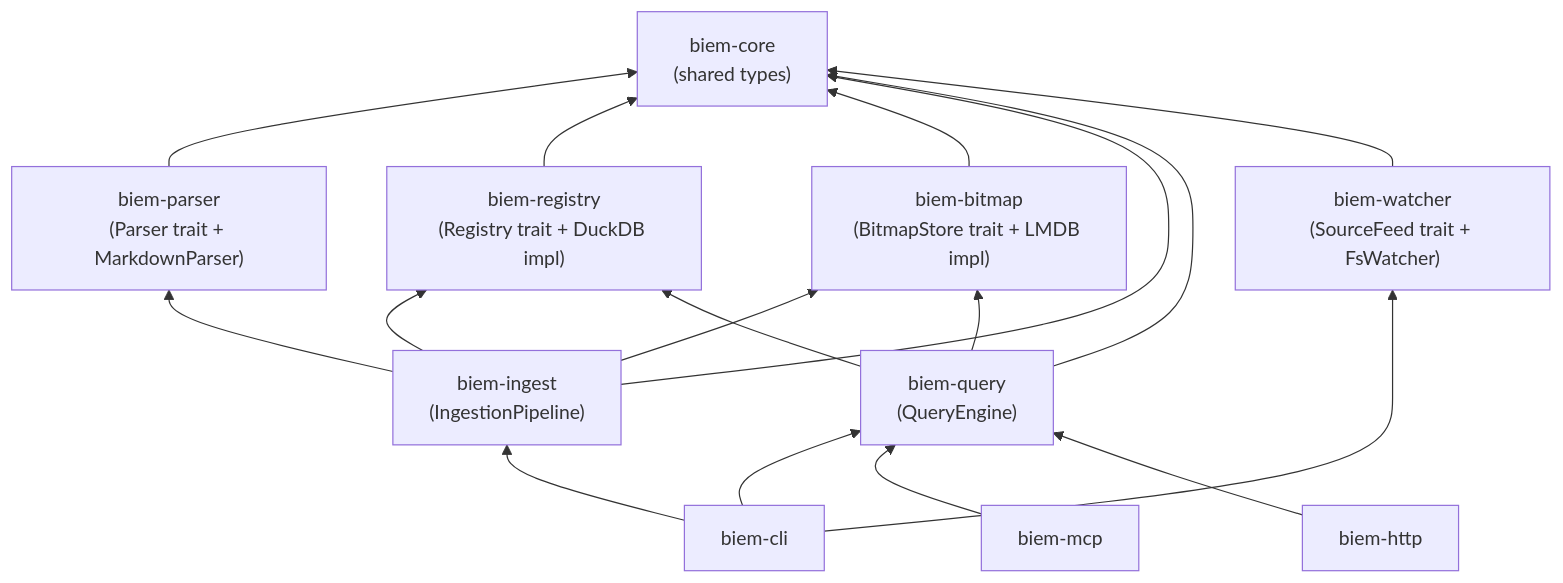
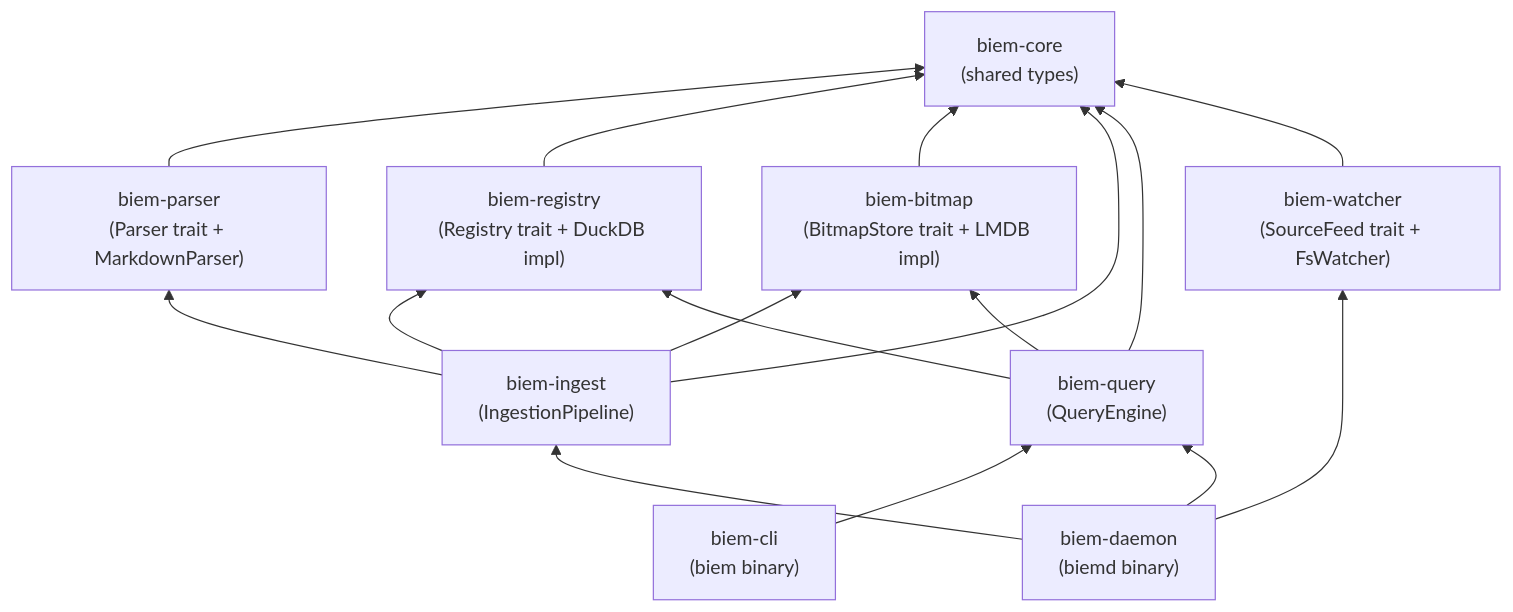
The fourth of 4 diagrams in docs/architecture/003-contracts.md (locusd-ai/locus), drawn with Mermaid before and after one commit. The commit also changed other lines of this file, not shown here.

Commit message:
docs(arch): align contracts with ChunkKind/ChunkMetadata schema

````diff
--- a/docs/architecture/003-contracts.md
+++ b/docs/architecture/003-contracts.md
@@ -643,30 +910,28 @@
 ```mermaid
 graph BT
     CORE["biem-core<br/>(shared types)"]
     PARSER["biem-parser<br/>(Parser trait + MarkdownParser)"]
     REG["biem-registry<br/>(Registry trait + DuckDB impl)"]
     BITMAP["biem-bitmap<br/>(BitmapStore trait + LMDB impl)"]
     INGEST["biem-ingest<br/>(IngestionPipeline)"]
     QUERY["biem-query<br/>(QueryEngine)"]
     WATCH["biem-watcher<br/>(SourceFeed trait + FsWatcher)"]
-    CLI["biem-cli"]
-    MCP["biem-mcp"]
-    HTTP["biem-http"]
+    CLI["biem-cli<br/>(biem binary)"]
+    DAEMON["biem-daemon<br/>(biemd binary)"]
 
     PARSER --> CORE
     REG --> CORE
     BITMAP --> CORE
     INGEST --> CORE
     INGEST --> PARSER
     INGEST --> REG
     INGEST --> BITMAP
     QUERY --> CORE
     QUERY --> REG
     QUERY --> BITMAP
     WATCH --> CORE
     CLI --> QUERY
-    CLI --> INGEST
-    CLI --> WATCH
-    MCP --> QUERY
-    HTTP --> QUERY
+    DAEMON --> QUERY
+    DAEMON --> INGEST
+    DAEMON --> WATCH
 ```
````
